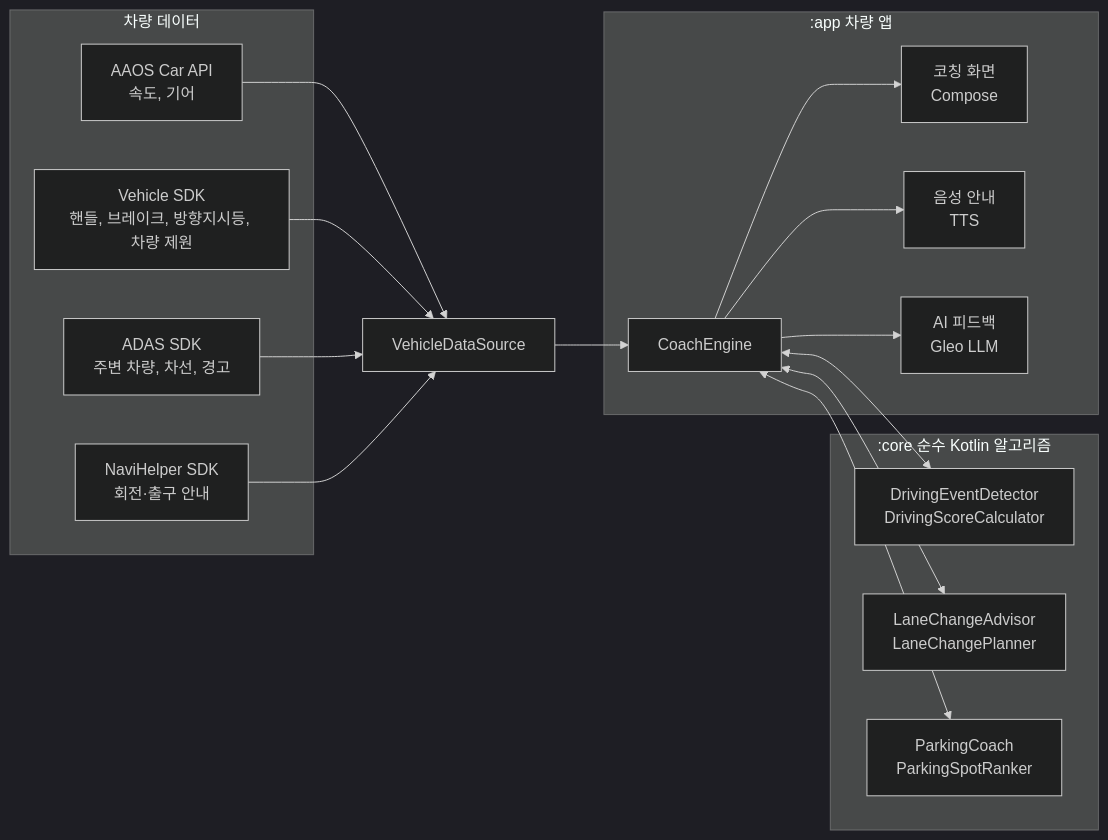
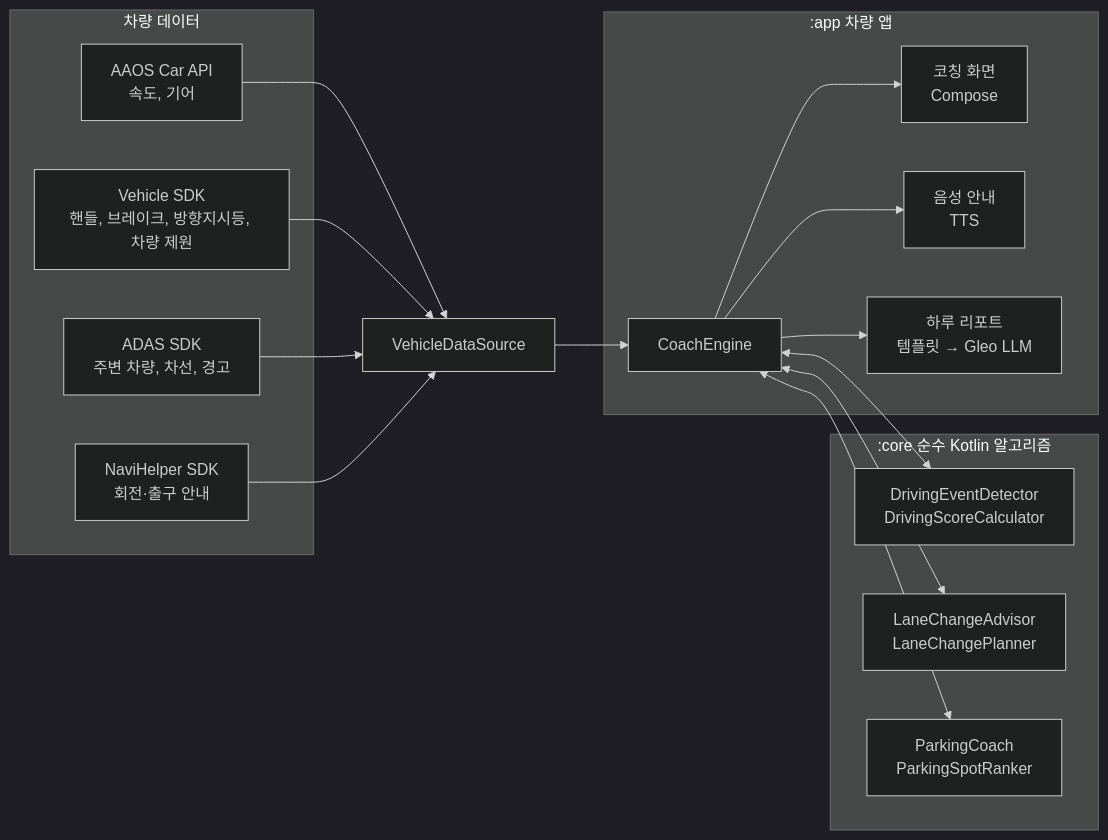
Before and after one commit to team-firstwheel/firstwheel: the diagram in README.md, drawn with Mermaid (dark theme). The commit also changed other lines of this file, not shown here.

````diff
--- a/README.md
+++ b/README.md
@@ -88,23 +107,23 @@
 ```mermaid
 flowchart LR
   subgraph Vehicle[차량 데이터]
     A1[AAOS Car API<br/>속도, 기어]
     A2[Vehicle SDK<br/>핸들, 브레이크, 방향지시등, 차량 제원]
     A3[ADAS SDK<br/>주변 차량, 차선, 경고]
     A4[NaviHelper SDK<br/>회전·출구 안내]
   end
   subgraph Core[":core 순수 Kotlin 알고리즘"]
     C1[DrivingEventDetector<br/>DrivingScoreCalculator]
     C2[LaneChangeAdvisor<br/>LaneChangePlanner]
     C3[ParkingCoach<br/>ParkingSpotRanker]
   end
   subgraph App[":app 차량 앱"]
     E[CoachEngine]
     U[코칭 화면<br/>Compose]
     V[음성 안내<br/>TTS]
-    L[AI 피드백<br/>Gleo LLM]
+    L[하루 리포트<br/>템플릿 → Gleo LLM]
   end
   A1 & A2 & A3 & A4 --> D[VehicleDataSource] --> E
   E <--> C1 & C2 & C3
   E --> U & V & L
 ```
````
